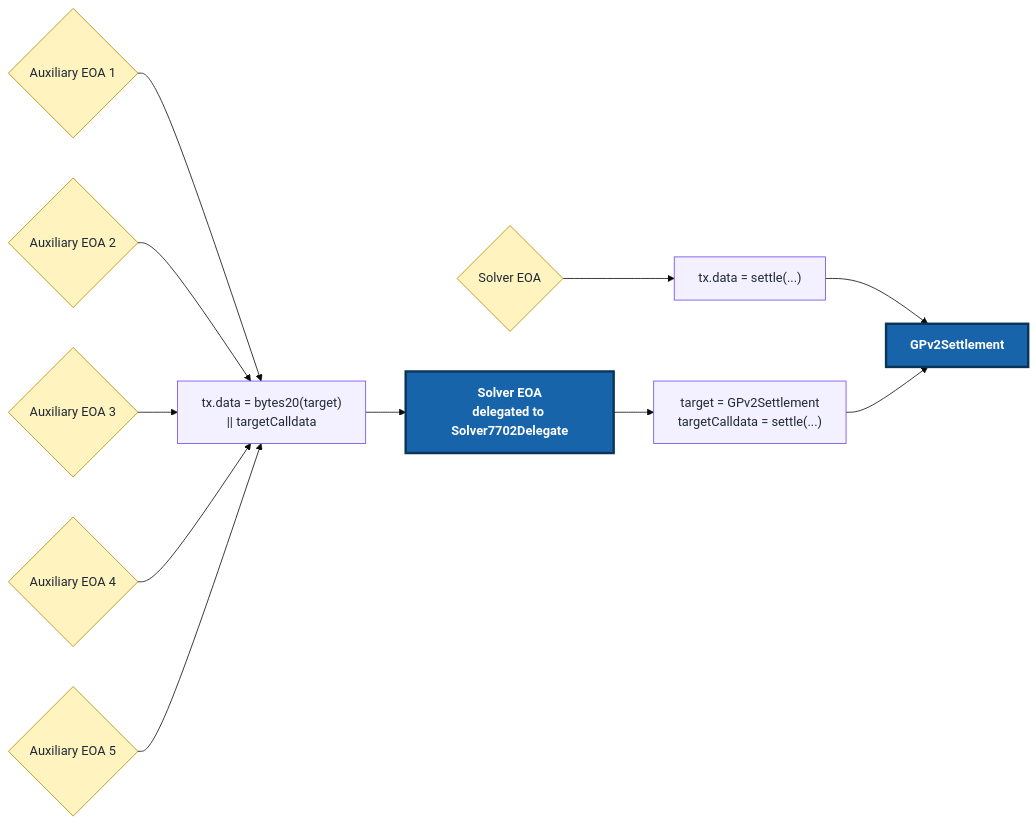
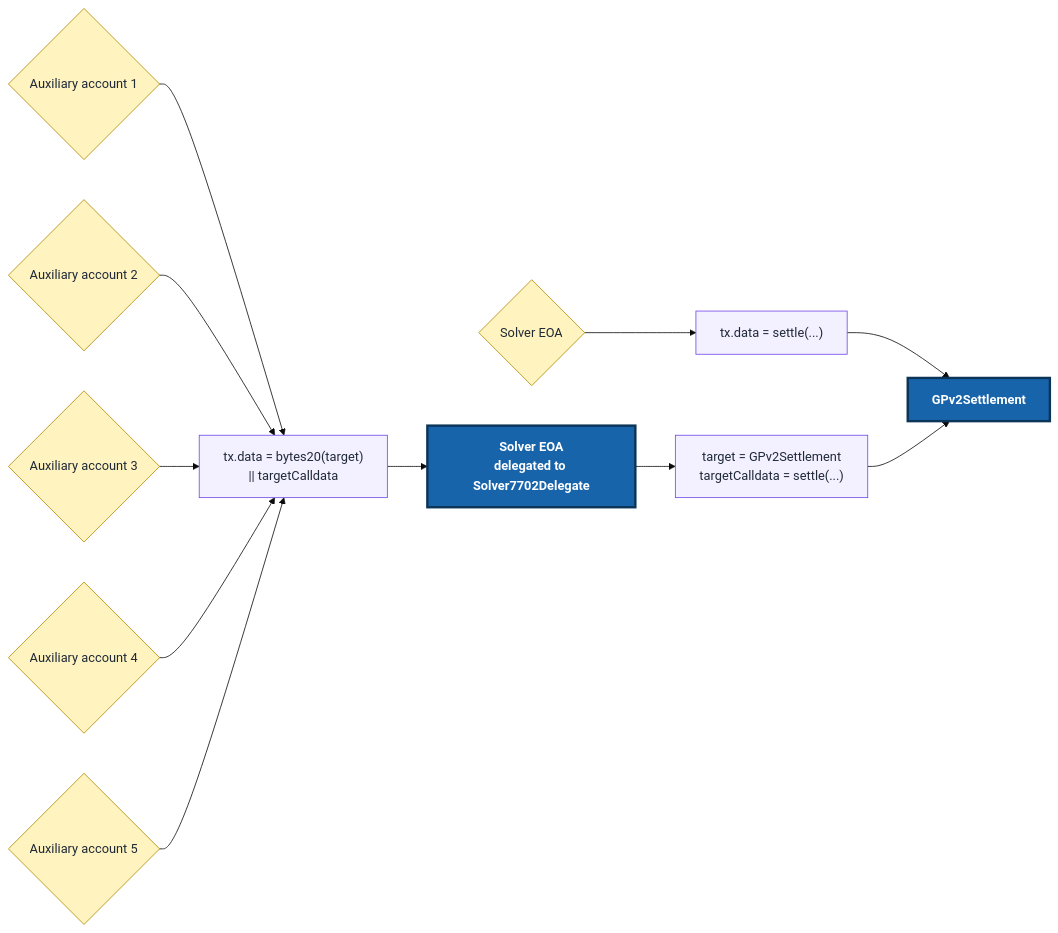
One commit to cowprotocol/docs changed the diagram in docs/cow-protocol/tutorials/solvers/solver-7702-delegate.md. Above: the diagram before and after it, drawn with Mermaid (base theme). The commit also changed other lines of this file and 1 other file, not shown here.

````diff
--- a/docs/cow-protocol/tutorials/solvers/solver-7702-delegate.md
+++ b/docs/cow-protocol/tutorials/solvers/solver-7702-delegate.md
@@ -57,29 +66,29 @@
 ```mermaid
 flowchart LR
     SolverEOA{"Solver EOA"}
     DirectTx["tx.data = settle(...)"]
-    Aux1{"Auxiliary EOA 1"}
-    Aux2{"Auxiliary EOA 2"}
-    Aux3{"Auxiliary EOA 3"}
-    Aux4{"Auxiliary EOA 4"}
-    Aux5{"Auxiliary EOA 5"}
+    Auxiliary1{"Auxiliary account 1"}
+    Auxiliary2{"Auxiliary account 2"}
+    Auxiliary3{"Auxiliary account 3"}
+    Auxiliary4{"Auxiliary account 4"}
+    Auxiliary5{"Auxiliary account 5"}
     DelegatedTx["tx.data = bytes20(target)<br/>|| targetCalldata"]
     DelegatedSolver["Solver EOA<br/>delegated to Solver7702Delegate"]
     TargetCall["target = GPv2Settlement<br/>targetCalldata = settle(...)"]
     Settlement["GPv2Settlement"]
 
     SolverEOA --> DirectTx --> Settlement
-    Aux1 --> DelegatedTx
-    Aux2 --> DelegatedTx
-    Aux3 --> DelegatedTx
-    Aux4 --> DelegatedTx
-    Aux5 --> DelegatedTx
+    Auxiliary1 --> DelegatedTx
+    Auxiliary2 --> DelegatedTx
+    Auxiliary3 --> DelegatedTx
+    Auxiliary4 --> DelegatedTx
+    Auxiliary5 --> DelegatedTx
     DelegatedTx --> DelegatedSolver --> TargetCall --> Settlement
 
-    classDef eoa fill:#fff3bf,stroke:#b08900,color:#1f2937
+    classDef account fill:#fff3bf,stroke:#b08900,color:#1f2937
     classDef tx fill:#f3f0ff,stroke:#7048e8,color:#1f2937
     classDef contract fill:#1864ab,stroke:#0b3558,stroke-width:3px,color:#ffffff,font-weight:bold
-    class SolverEOA,Aux1,Aux2,Aux3,Aux4,Aux5 eoa
+    class SolverEOA,Auxiliary1,Auxiliary2,Auxiliary3,Auxiliary4,Auxiliary5 account
     class DirectTx,DelegatedTx,TargetCall tx
     class DelegatedSolver,Settlement contract
 ```
````
